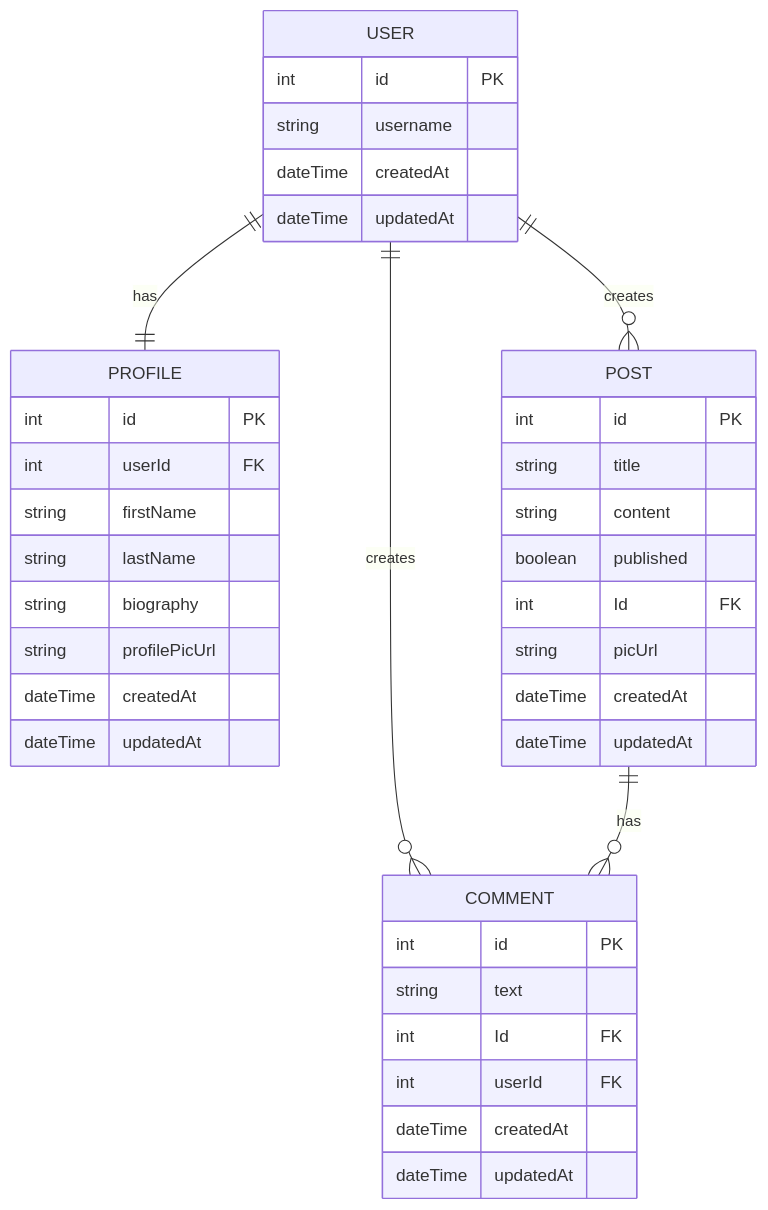
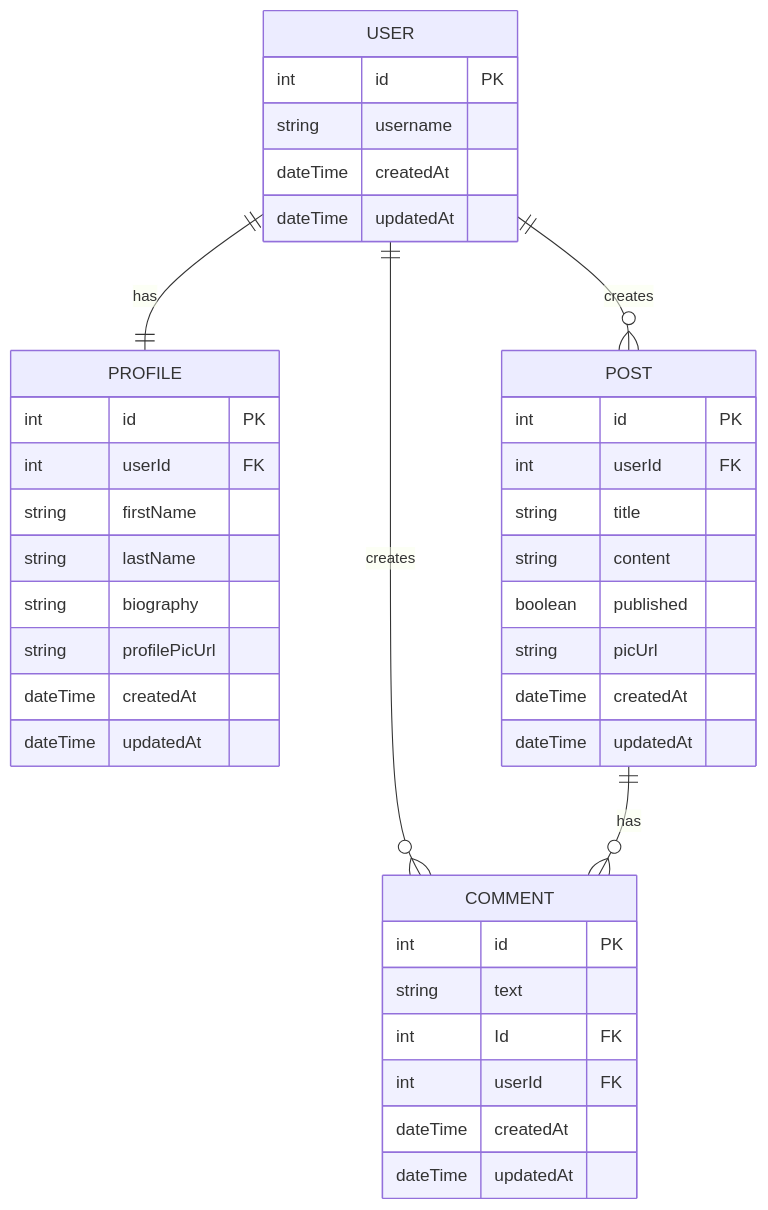
One commit to boolean-uk/database-blog-challenge changed the diagram in erd.md. Above: the diagram before and after it, drawn with Mermaid. The commit also changed 1 other file, not shown here.

Commit message:
build: add post model

````diff
--- a/erd.md
+++ b/erd.md
@@ -3,43 +3,43 @@
 ```mermaid
 erDiagram
 USER ||--|| PROFILE : has
 USER ||--o{ POST : creates
 USER ||--o{ COMMENT : creates
 POST ||--o{ COMMENT : has
 
 USER {
     int         id          PK
     string      username
     dateTime    createdAt
     dateTime    updatedAt 
 }
 COMMENT {
     int         id          PK
     string      text
     int         Id      FK
     int         userId      FK
     dateTime    createdAt
     dateTime    updatedAt 
 }
 PROFILE {
     int         id          PK
     int         userId      FK
     string      firstName
     string      lastName
     string      biography   
     string      profilePicUrl 
     dateTime    createdAt
     dateTime    updatedAt 
 }
 POST {
     int         id          PK
+    int         userId      FK
     string      title       
     string      content     
     boolean     published    
-    int         Id          FK
     string      picUrl                 
     dateTime    createdAt
     dateTime    updatedAt 
 }
 
 ```
````
